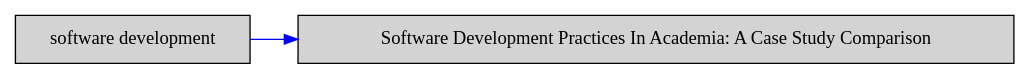
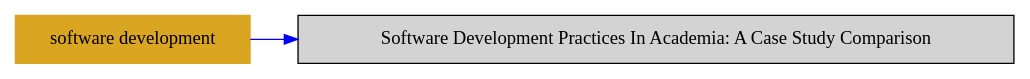
Before and after one commit to duongdo27/Dealii: the diagram in markdown/topic_software_development.dot, drawn with Graphviz.

Commit message:
Add color for software development

```diff
--- a/markdown/topic_software_development.dot
+++ b/markdown/topic_software_development.dot
@@ -1,9 +1,9 @@
 digraph bettersoftware {
             rankdir = LR;
             ratio = fill;
             node [style=filled];
             node [shape = box];
-"software development" [colorscheme="svg"];
+"software development" [colorscheme="svg" color="goldenrod"];
 "software development" ->  "SoftwareDevelopmentPracticesInAcademiaACaseStudyComparison.md" [colorscheme="svg" color="blue"];
 "SoftwareDevelopmentPracticesInAcademiaACaseStudyComparison.md" [label="Software Development Practices In Academia: A Case Study Comparison", URL="http://bss.parallactic.com/resources/software-development-practices-in-academia-a-case-study-comparison"];
 }
```
